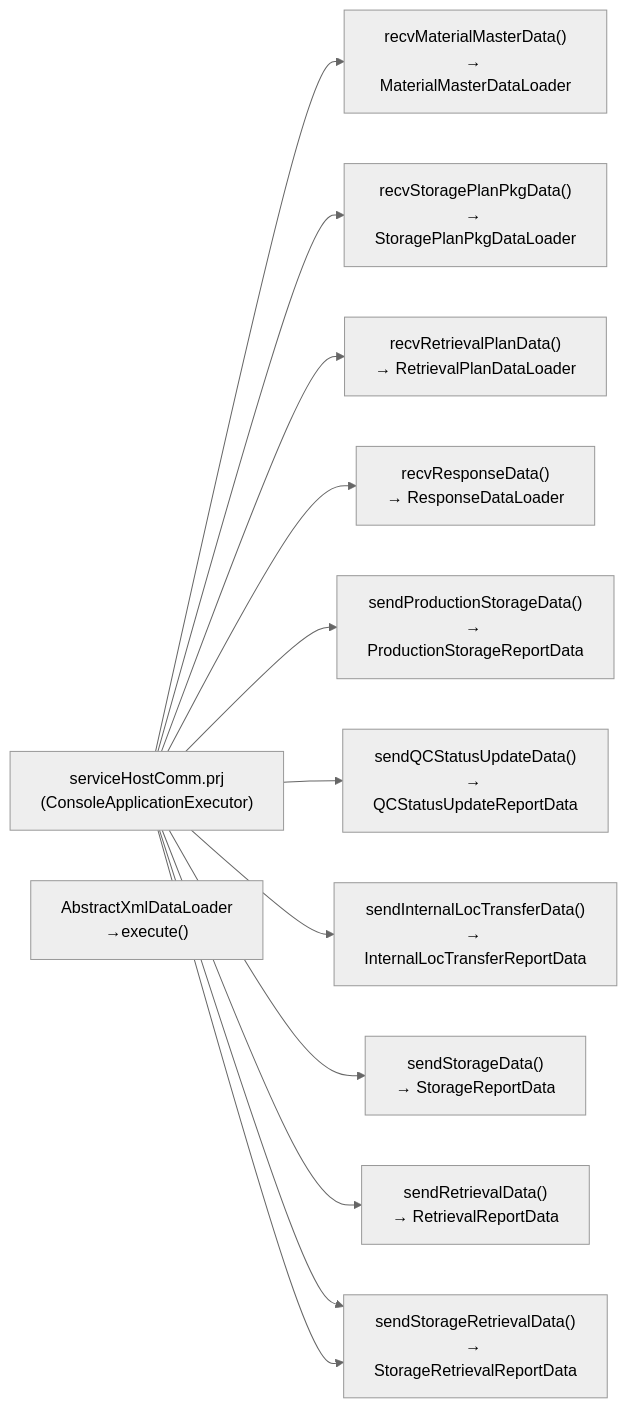
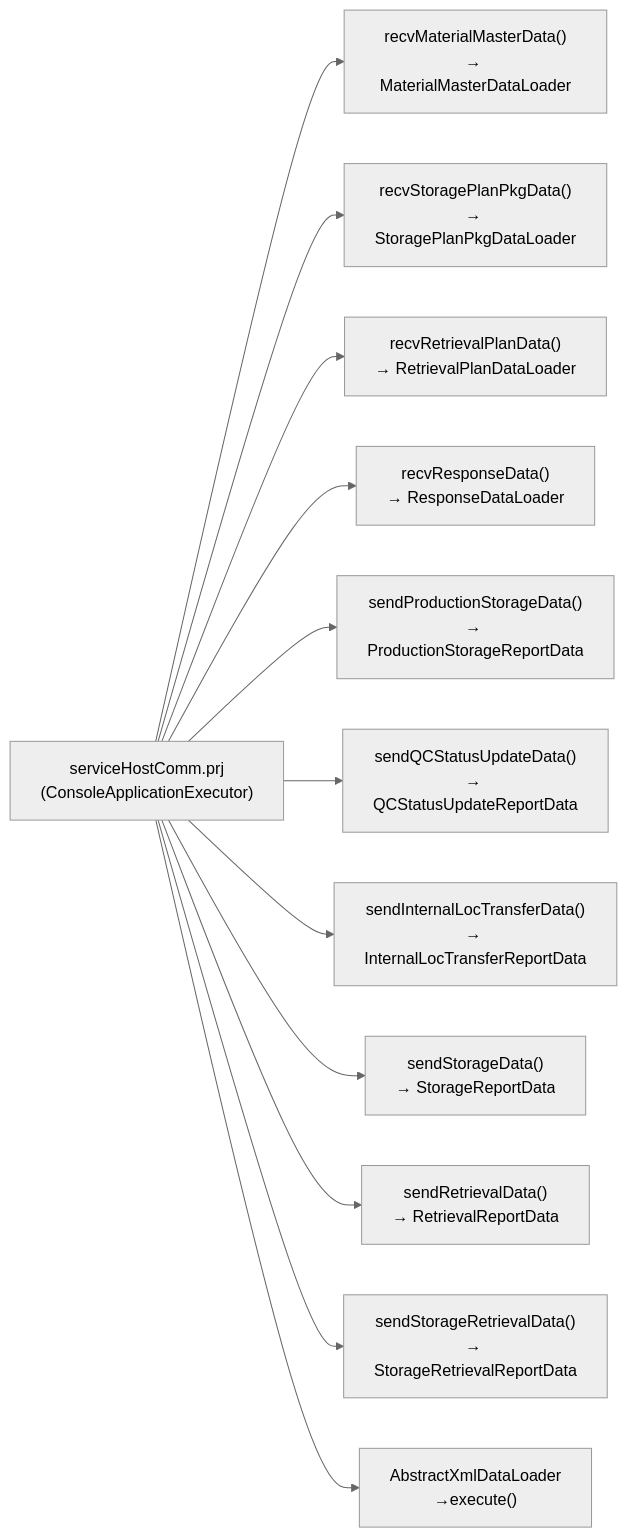
One commit to luthfiadityaa/SimeDarby-Wiki changed the diagram in Basic-Design/Host-Interfaces.md. Above: the diagram before and after it, drawn with Mermaid (neutral theme).

Commit message:
Updated Host Interfaces

```diff
--- a/Basic-Design/Host-Interfaces.md
+++ b/Basic-Design/Host-Interfaces.md
@@ -31,27 +31,27 @@
 ::: mermaid
 flowchart LR
         C1["serviceHostComm.prj<br>(ConsoleApplicationExecutor)"]
         C2["recvMaterialMasterData()<br>→ MaterialMasterDataLoader"]
         C3["recvStoragePlanPkgData()<br>→ StoragePlanPkgDataLoader"]
         C4["recvRetrievalPlanData()<br>→ RetrievalPlanDataLoader"]
         C5["recvResponseData()<br>→ ResponseDataLoader"]
         C6["sendProductionStorageData()<br>→ ProductionStorageReportData"]
         C7["sendQCStatusUpdateData()<br>→ QCStatusUpdateReportData"]
         C8["sendInternalLocTransferData()<br>→ InternalLocTransferReportData"]
         C9["sendStorageData()<br>→ StorageReportData"]
         C10["sendRetrievalData()<br>→ RetrievalReportData"]
         C11["sendStorageRetrievalData()<br>→ StorageRetrievalReportData"]
         C1 --> C2
         C1 --> C3
         C1 --> C4
         C1 --> C5
         C1 --> C6
         C1 --> C7
         C1 --> C8
         C1 --> C9
         C1 --> C10
         C1 --> C11
 
         C12["AbstractXmlDataLoader<br>→execute()"]
-        C1 --> C11
+        C1 --> C12
 :::
```
